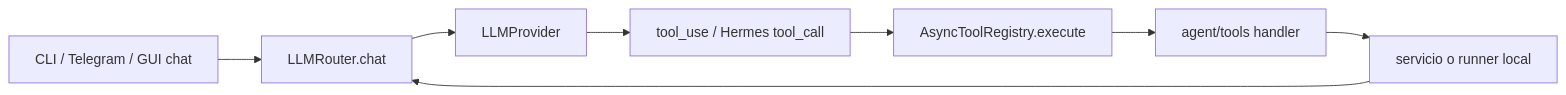
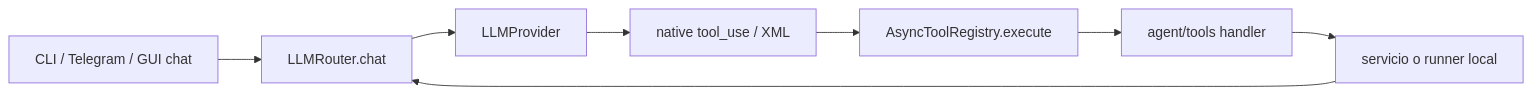
The first of 2 diagrams in docs/architecture/agent_tool_routing.md (FacundoSu1986/Sky-Claw), drawn with Mermaid before and after one commit. The commit also changed 15 other files, not shown here.

Commit message:
refactor: neutralize Hermes XML tool-calling names

````diff
--- a/docs/architecture/agent_tool_routing.md
+++ b/docs/architecture/agent_tool_routing.md
@@ -14,10 +14,10 @@
 ```mermaid
 flowchart LR
     UI["CLI / Telegram / GUI chat"] --> Router["LLMRouter.chat"]
     Router --> Provider["LLMProvider"]
-    Provider --> Call["tool_use / Hermes tool_call"]
+    Provider --> Call["native tool_use / XML <tool_call>"]
     Call --> Registry["AsyncToolRegistry.execute"]
     Registry --> Handler["agent/tools handler"]
     Handler --> Local["servicio o runner local"]
     Local --> Router
 ```
````
